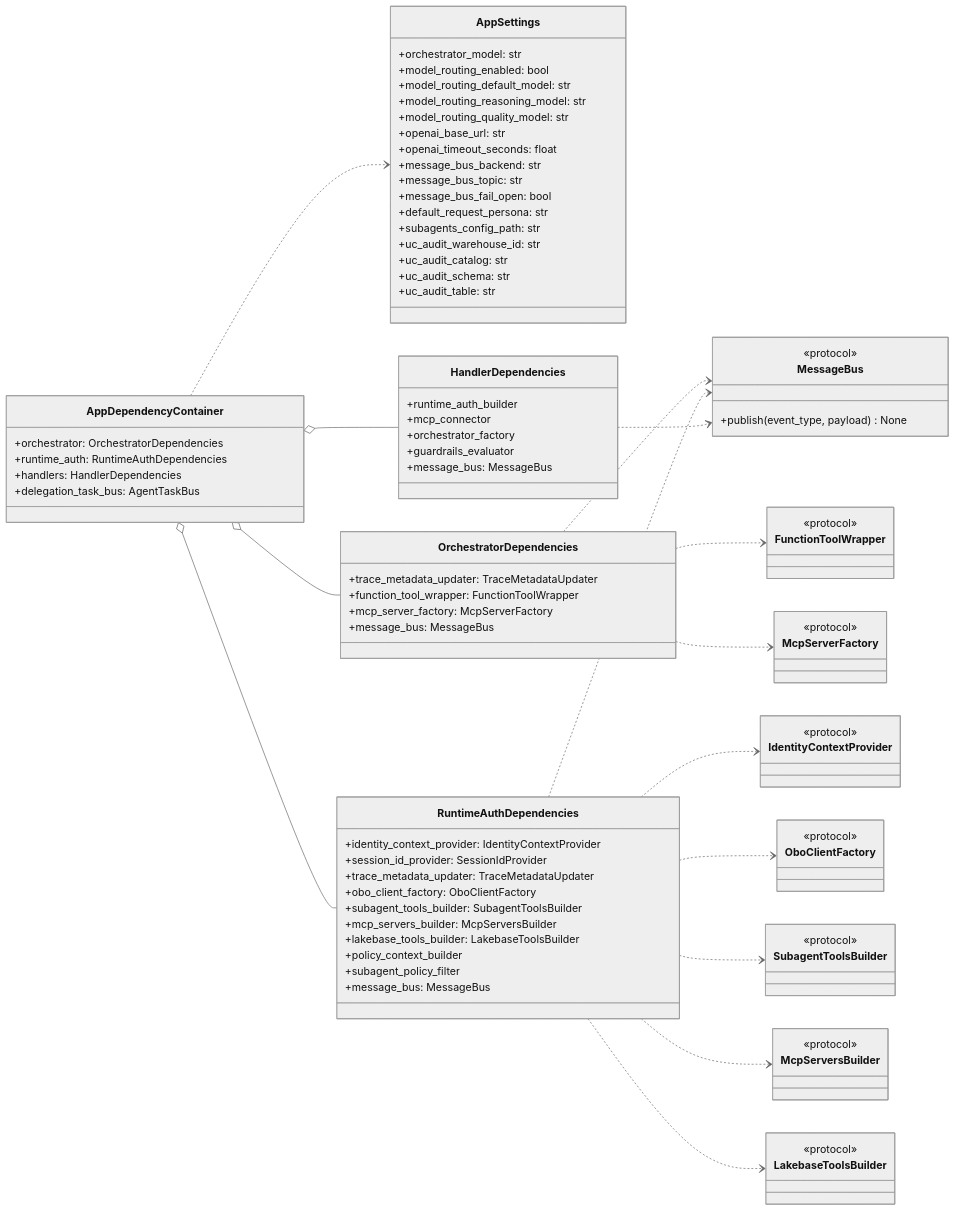
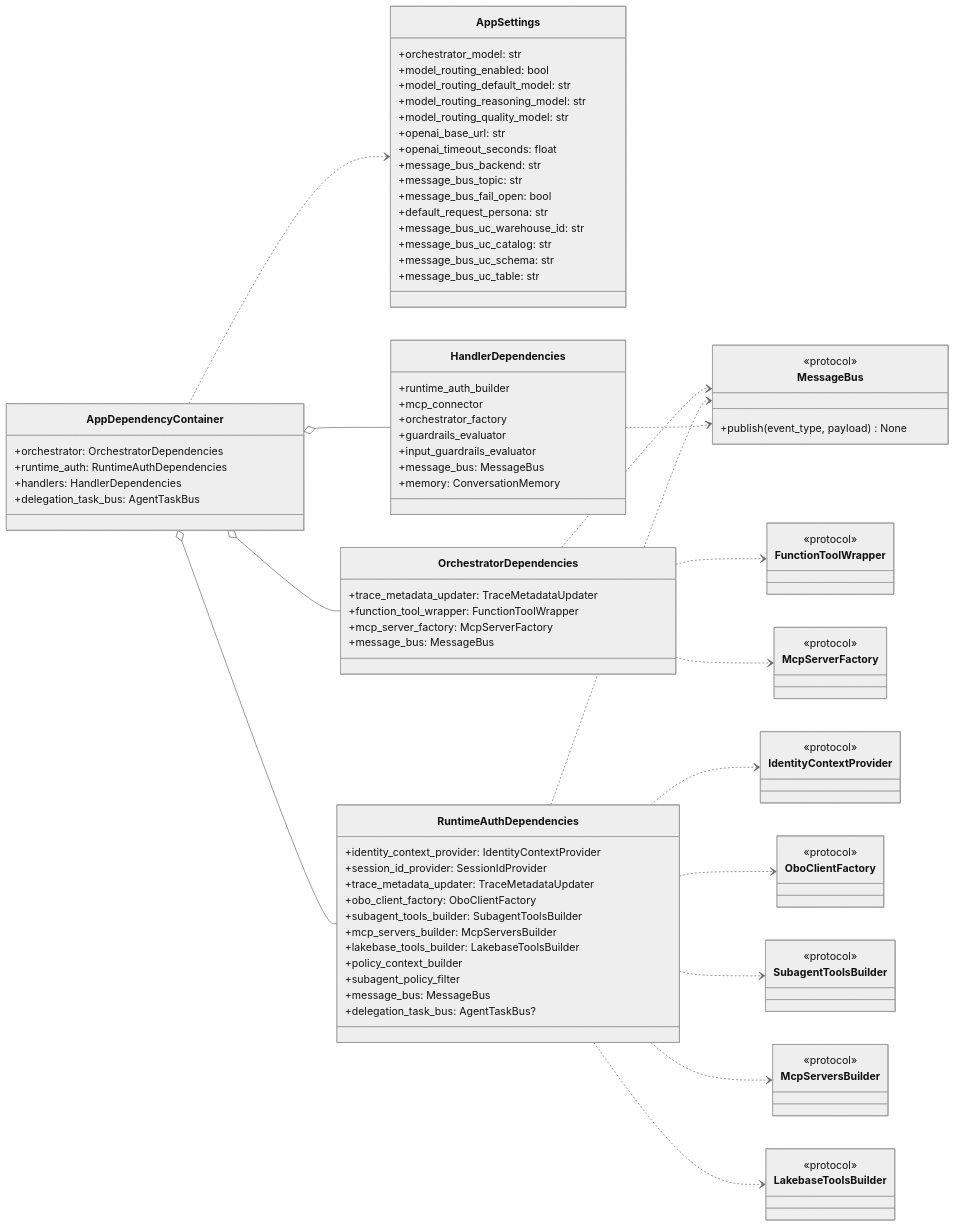
The second of 6 diagrams in docs/architecture/design-artifacts/08-backend-class-diagram-as-is.md (wchen-dea/Governed-Multi-Agent-Intelligence-on-Databricks), drawn with Mermaid (neutral theme) before and after one commit. The commit also changed 19 other files, not shown here.

```diff
--- a/docs/architecture/design-artifacts/08-backend-class-diagram-as-is.md
+++ b/docs/architecture/design-artifacts/08-backend-class-diagram-as-is.md
@@ -121,11 +121,10 @@
     +message_bus_topic: str
     +message_bus_fail_open: bool
     +default_request_persona: str
-    +subagents_config_path: str
-    +uc_audit_warehouse_id: str
-    +uc_audit_catalog: str
-    +uc_audit_schema: str
-    +uc_audit_table: str
+    +message_bus_uc_warehouse_id: str
+    +message_bus_uc_catalog: str
+    +message_bus_uc_schema: str
+    +message_bus_uc_table: str
 }
 
 class AppDependencyContainer {
@@ -153,6 +152,7 @@
     +policy_context_builder
     +subagent_policy_filter
     +message_bus: MessageBus
+    +delegation_task_bus: AgentTaskBus?
 }
 
 class HandlerDependencies {
@@ -160,7 +160,9 @@
     +mcp_connector
     +orchestrator_factory
     +guardrails_evaluator
+    +input_guardrails_evaluator
     +message_bus: MessageBus
+    +memory: ConversationMemory
 }
 
 class MessageBus {
```
